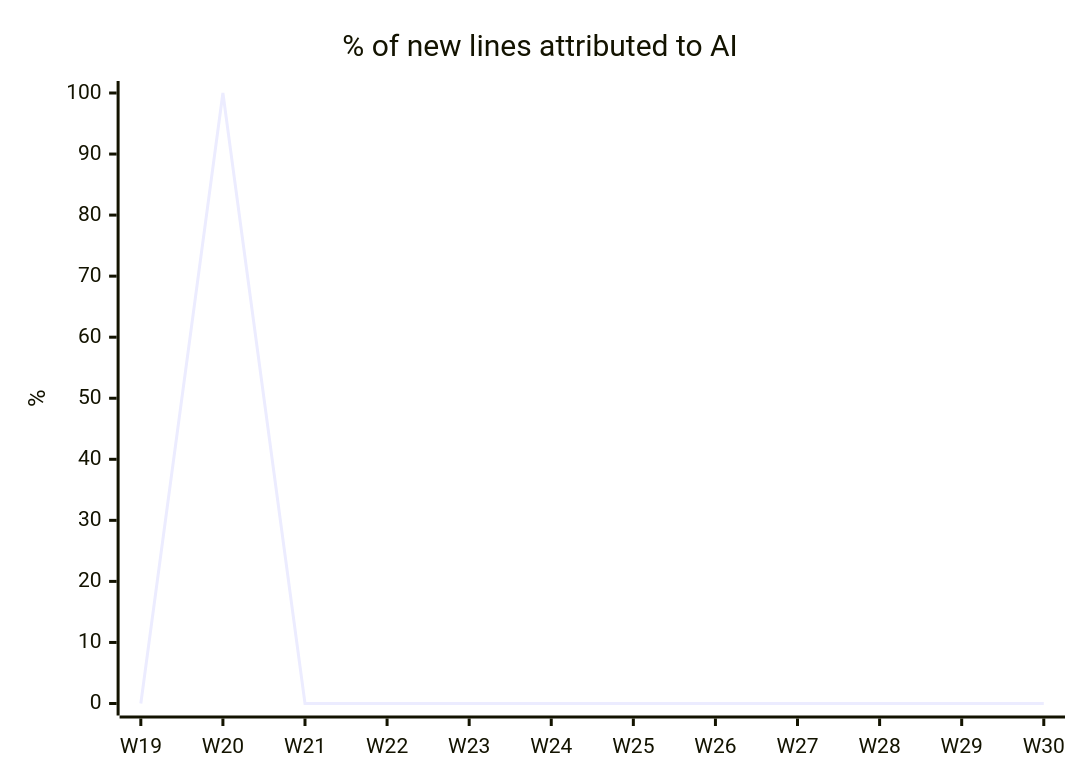
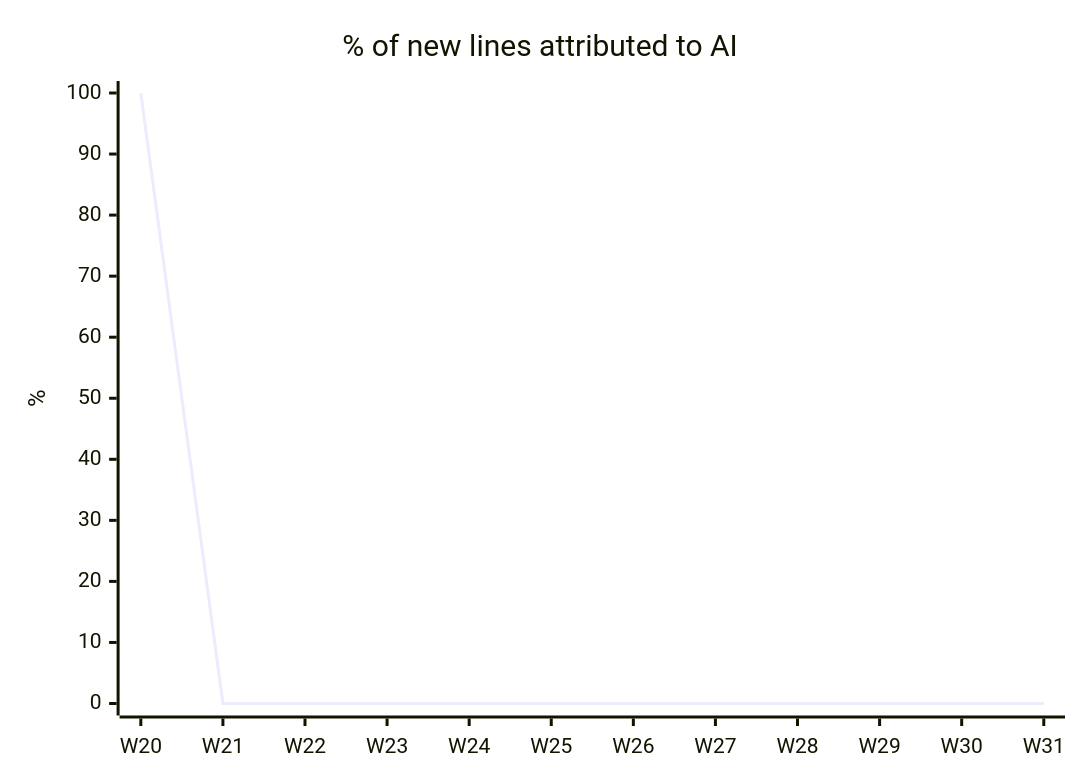
The first of 4 diagrams in docs/AI_USAGE.md (fromwaydowntown/ai-use), drawn with Mermaid before and after one commit. The commit also changed other lines of this file, not shown here.

````diff
--- a/docs/AI_USAGE.md
+++ b/docs/AI_USAGE.md
@@ -17,7 +17,7 @@
 ```mermaid
 xychart-beta
     title "% of new lines attributed to AI"
-    x-axis ["W19", "W20", "W21", "W22", "W23", "W24", "W25", "W26", "W27", "W28", "W29", "W30"]
+    x-axis ["W20", "W21", "W22", "W23", "W24", "W25", "W26", "W27", "W28", "W29", "W30", "W31"]
     y-axis "%" 0 --> 100
-    line [0, 100, 0, 0, 0, 0, 0, 0, 0, 0, 0, 0]
+    line [100, 0, 0, 0, 0, 0, 0, 0, 0, 0, 0, 0]
 ```
````
